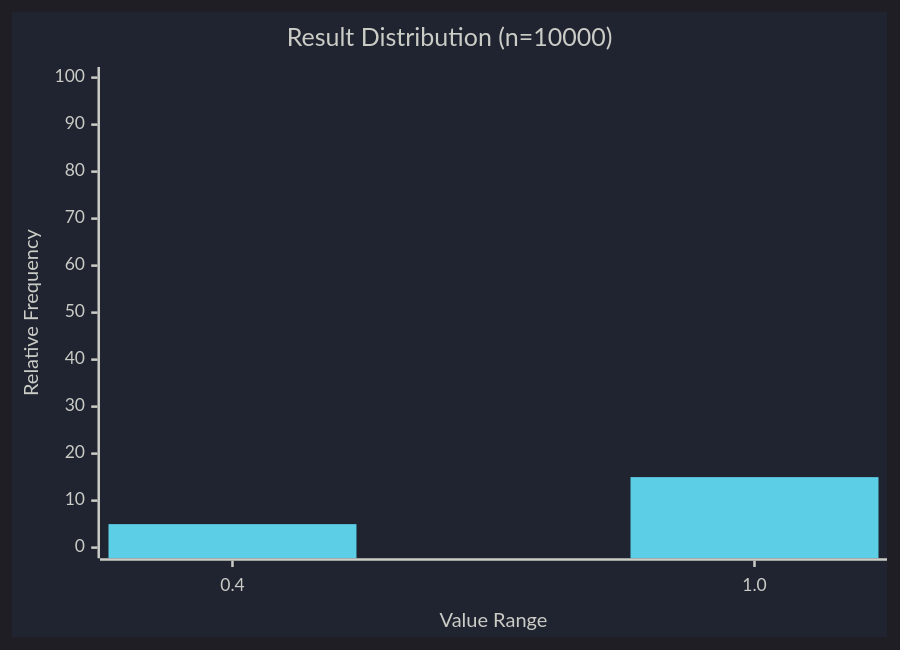
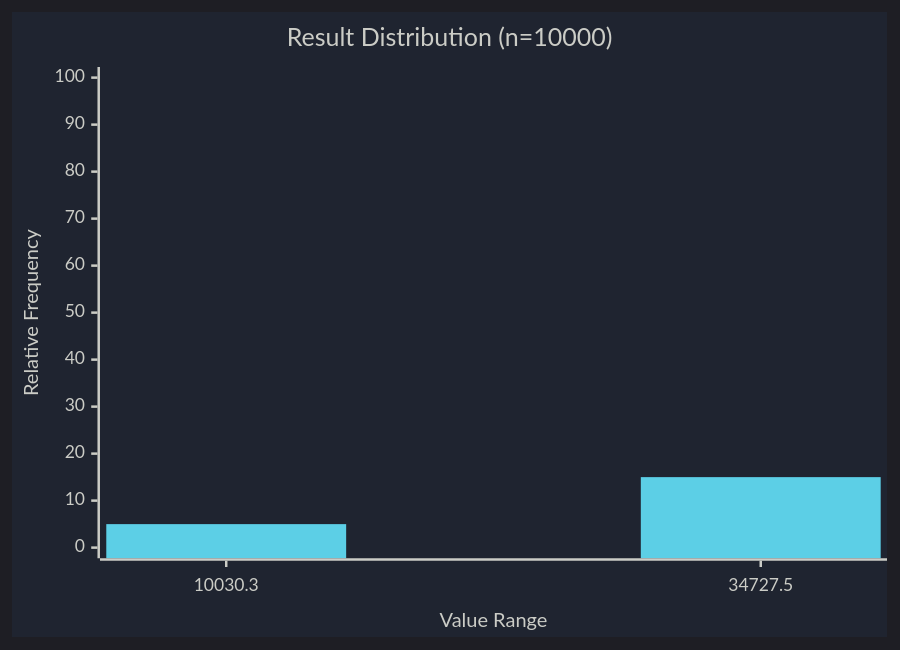
The diagram in results/prototype/charts/histogram.mmd (Replicant-Partners/fermi), drawn with Mermaid before and after one commit. The commit also changed 24 other files, not shown here.

```diff
--- a/results/prototype/charts/histogram.mmd
+++ b/results/prototype/charts/histogram.mmd
@@ -1,35 +1,35 @@
 %%{
   init: {
     'theme': 'dark',
     'themeVariables': {
       'darkMode': 'true',
       'background': '#1F2430',
       'primaryColor': '#5CCFE6',
       'primaryTextColor': '#CBCCC6',
       'primaryBorderColor': '#5C6773',
       'lineColor': '#FFCC66',
       'secondaryColor': '#BAE67E',
       'tertiaryColor': '#FFAE57',
       'textColor': '#CBCCC6',
       'fontSize': '14px',
       'xyChart': {
         'backgroundColor': '#1F2430',
         'titleColor': '#CBCCC6',
         'xAxisLabelColor': '#CBCCC6',
         'xAxisTitleColor': '#CBCCC6',
         'xAxisTickColor': '#CBCCC6',
         'xAxisLineColor': '#CBCCC6',
         'yAxisLabelColor': '#CBCCC6',
         'yAxisTitleColor': '#CBCCC6',
         'yAxisTickColor': '#CBCCC6',
         'yAxisLineColor': '#CBCCC6',
         'plotColorPalette': '#5CCFE6, #BAE67E, #FFCC66, #FFAE57'
       }
     }
   }
 }%%
 xychart-beta
   title "Result Distribution (n=10000)"
-  x-axis "Value Range" [0.4, 1.0]
+  x-axis "Value Range" [10030.3, 34727.5]
   y-axis "Relative Frequency" 0 --> 100
   bar [5, 15, 30, 50, 70, 85, 100, 85, 70, 50, 30, 15, 5]
```
